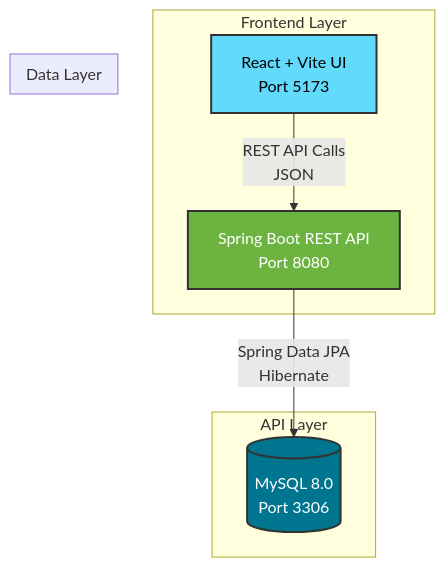
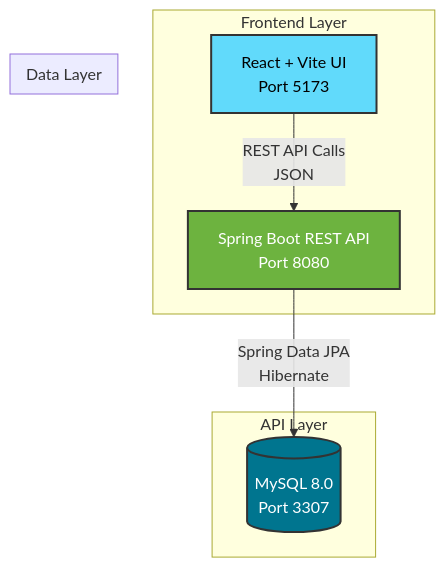
One commit to DineshMoorthy007/Retail-Pulse-Analytics changed the diagram in README.md. Above: the diagram before and after it, drawn with Mermaid. The commit also changed other lines of this file and 5 other files, not shown here.

Commit message:
feat: add dashboard UI, database schema initialization, and containerization setup for full-stack deployment

````diff
--- a/README.md
+++ b/README.md
@@ -23,23 +23,23 @@
 ```mermaid
 graph TD
     subgraph Frontend Layer
         A[React + Vite UI<br>Port 5173] -->|REST API Calls<br>JSON| B
     end
 
     subgraph API Layer
         B[Spring Boot REST API<br>Port 8080] -->|Spring Data JPA<br>Hibernate| C
     end
 
     subgraph Data Layer
-        C[(MySQL 8.0<br>Port 3306)]
+        C[(MySQL 8.0<br>Port 3307)]
     end
 
     %% Styles
     classDef react fill:#61dafb,stroke:#333,stroke-width:2px,color:#000
     classDef spring fill:#6db33f,stroke:#333,stroke-width:2px,color:#fff
     classDef mysql fill:#00758f,stroke:#333,stroke-width:2px,color:#fff
     
     class A react
     class B spring
     class C mysql
 ```
````
